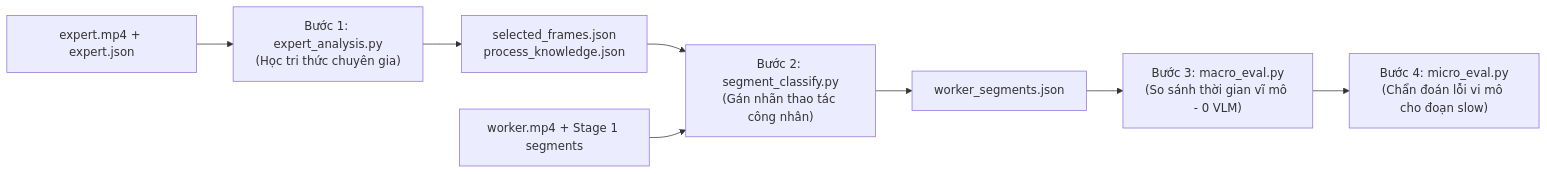
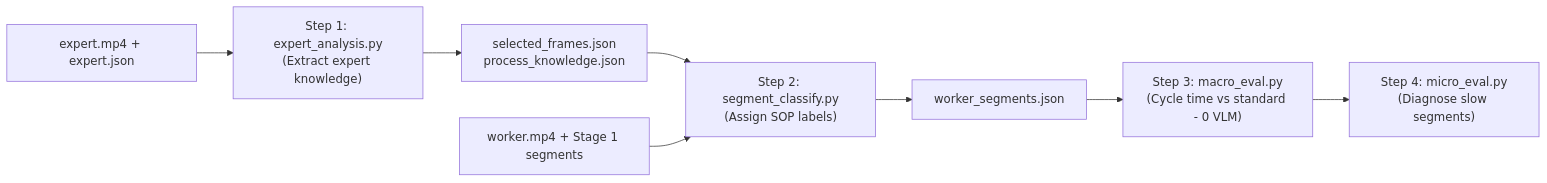
Before and after one commit to bmhungqb/ai4training-aicore: the diagram in docs/action_segment/stage2_vlm_analysis.md, drawn with Mermaid. The commit also changed other lines of this file and 5 other files, not shown here.

````diff
--- a/docs/action_segment/stage2_vlm_analysis.md
+++ b/docs/action_segment/stage2_vlm_analysis.md
@@ -13,10 +12,10 @@
 ```mermaid
 flowchart LR
-    A["expert.mp4 + expert.json"] --> B["Bước 1: expert_analysis.py<br/>(Học tri thức chuyên gia)"]
+    A["expert.mp4 + expert.json"] --> B["Step 1: expert_analysis.py<br/>(Extract expert knowledge)"]
     B --> C["selected_frames.json<br/>process_knowledge.json"]
-    C --> D["Bước 2: segment_classify.py<br/>(Gán nhãn thao tác công nhân)"]
+    C --> D["Step 2: segment_classify.py<br/>(Assign SOP labels)"]
     E["worker.mp4 + Stage 1 segments"] --> D
     D --> F["worker_segments.json"]
-    F --> G["Bước 3: macro_eval.py<br/>(So sánh thời gian vĩ mô - 0 VLM)"]
-    G --> H["Bước 4: micro_eval.py<br/>(Chẩn đoán lỗi vi mô cho đoạn slow)"]
+    F --> G["Step 3: macro_eval.py<br/>(Cycle time vs standard - 0 VLM)"]
+    G --> H["Step 4: micro_eval.py<br/>(Diagnose slow segments)"]
 ```
````
